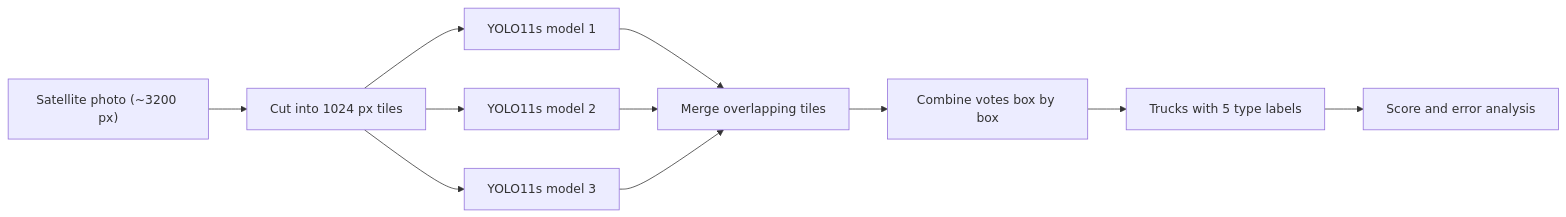
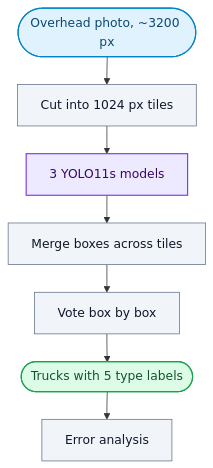
Before and after one commit to arukh281/arukh281: the diagram in projects/aerial-truck-detection.md, drawn with Mermaid. The commit also changed 5 other files, not shown here.

Commit message:
Cleaner diagrams, Earmark back in Now, desi-tts repo link, vendor ledger

````diff
--- a/projects/aerial-truck-detection.md
+++ b/projects/aerial-truck-detection.md
@@ -13,13 +13,14 @@
 ```mermaid
-flowchart LR
-    A["Satellite photo (~3200 px)"] --> B["Cut into 1024 px tiles"]
-    B --> C["YOLO11s model 1"]
-    B --> D["YOLO11s model 2"]
-    B --> E["YOLO11s model 3"]
-    C --> F["Merge overlapping tiles"]
-    D --> F
-    E --> F
-    F --> G["Combine votes box by box"]
-    G --> H["Trucks with 5 type labels"]
-    H --> I["Score and error analysis"]
+%%{init: {'flowchart': {'curve': 'basis', 'nodeSpacing': 30, 'rankSpacing': 36}}}%%
+flowchart TD
+    A(["Overhead photo, ~3200 px"]):::in --> B["Cut into 1024 px tiles"]:::step
+    B --> C["3 YOLO11s models"]:::ai
+    C --> D["Merge boxes across tiles"]:::step
+    D --> E["Vote box by box"]:::step
+    E --> F(["Trucks with 5 type labels"]):::out
+    F --> G["Error analysis"]:::step
+    classDef in fill:#e0f2fe,stroke:#0284c7,color:#0c4a6e,stroke-width:1.5px
+    classDef step fill:#f1f5f9,stroke:#64748b,color:#0f172a,stroke-width:1px
+    classDef ai fill:#ede9fe,stroke:#7c3aed,color:#3b0764,stroke-width:1.5px
+    classDef out fill:#dcfce7,stroke:#16a34a,color:#14532d,stroke-width:1.5px
 ```
````
